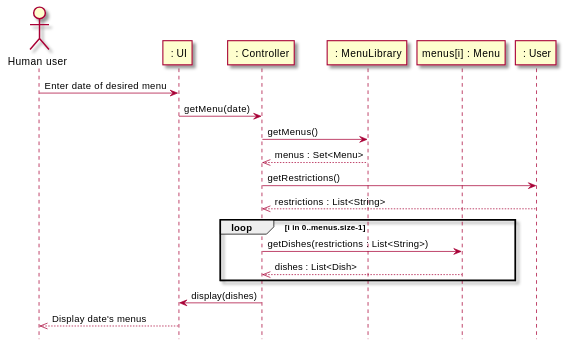
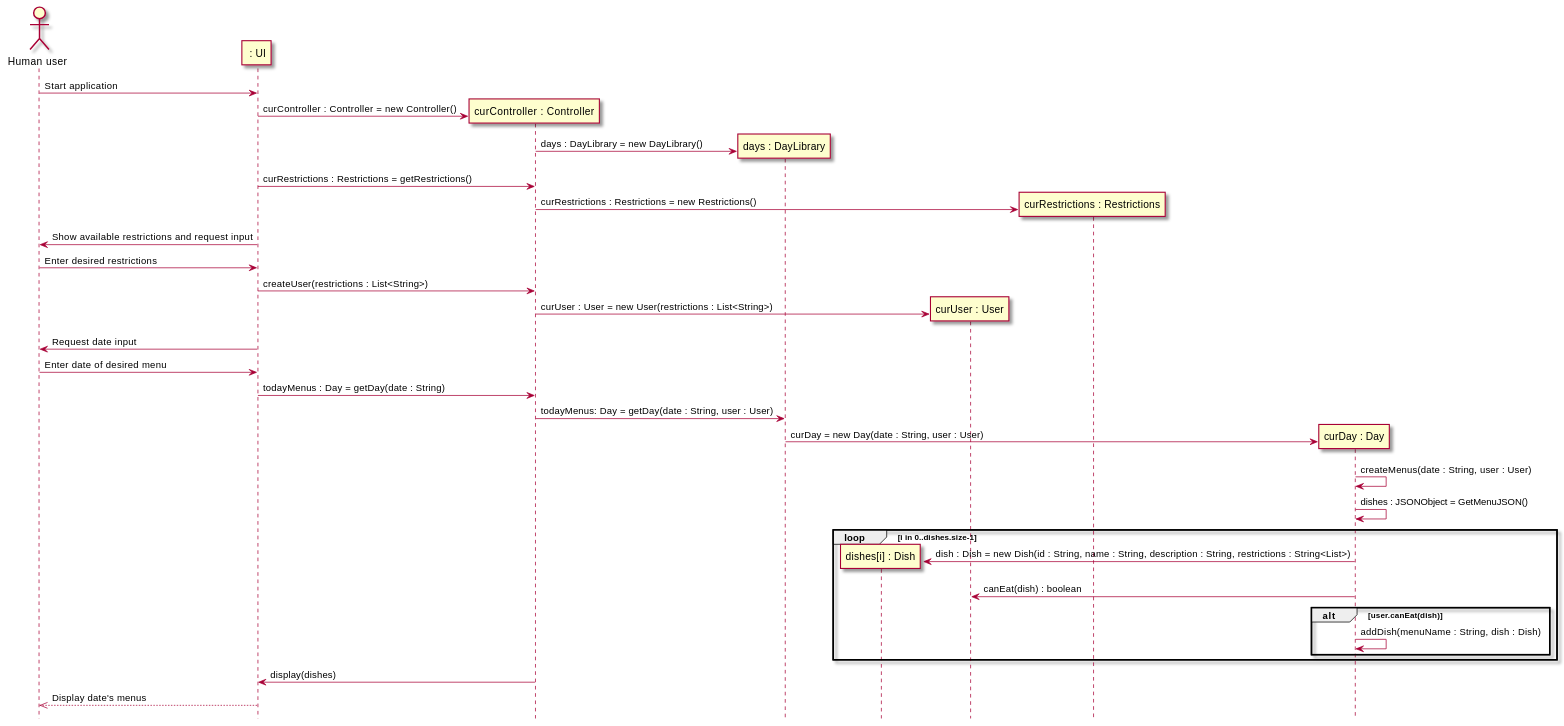
One commit to sashap100/Vassar-Dining-App changed the second of 4 diagrams in intellij/doc/design.md. Above: the diagram before and after it, drawn with PlantUML. The commit also changed other lines of this file, not shown here.

Commit message:
Updated (mostly) sequence diagram for browse menu (need to add a few parts and perhaps split up)

````diff
--- a/intellij/doc/design.md
+++ b/intellij/doc/design.md
@@ -112,24 +115,43 @@
 ```plantuml
+
+@startuml
 skin rose
 
 hide footbox
 actor "Human user" as human
 participant " : UI" as ui
-participant " : Controller" as controller
-participant " : MenuLibrary" as menulib
-participant "menus[i] : Menu" as menu
-participant " : User" as user
+participant "curController : Controller" as controller
+participant "days : DayLibrary" as days
+participant "dishes[i] : Dish" as dish
+participant "curUser : User" as user
+participant "curRestrictions : Restrictions" as restriction
+participant "curDay : Day" as day
 
+human -> ui : Start application
+ui -> controller **: curController : Controller = new Controller()
+controller -> days **: days : DayLibrary = new DayLibrary()
+ui -> controller : curRestrictions : Restrictions = getRestrictions()
+controller -> restriction **: curRestrictions : Restrictions = new Restrictions()
+ui -> human : Show available restrictions and request input
+human -> ui : Enter desired restrictions
+ui -> controller : createUser(restrictions : List<String>)
+controller -> user **: curUser : User = new User(restrictions : List<String>)
+ui -> human : Request date input
 human -> ui : Enter date of desired menu
-ui -> controller : getMenu(date)
-controller -> menulib: getMenus()
-menulib -->> controller : menus : Set<Menu>
-controller -> user : getRestrictions()
-user -->> controller : restrictions : List<String>
-loop i in 0..menus.size-1
-    controller -> menu : getDishes(restrictions : List<String>)
-    menu -->> controller : dishes : List<Dish>
+ui -> controller : todayMenus : Day = getDay(date : String)
+controller -> days : todayMenus: Day = getDay(date : String, user : User)
+days -> day **: curDay = new Day(date : String, user : User)
+day -> day : createMenus(date : String, user : User)
+day -> day : dishes : JSONObject = GetMenuJSON()
+loop i in 0..dishes.size-1
+    day -> dish **: dish : Dish = new Dish(id : String, name : String, description : String, restrictions : String<List>)
+    day -> user : canEat(dish) : boolean
+    alt user.canEat(dish)
+        day -> day : addDish(menuName : String, dish : Dish)
+        
+    end
 end
 controller -> ui : display(dishes)
 ui -->> human : Display date's menus
+@enduml
 ```
````
